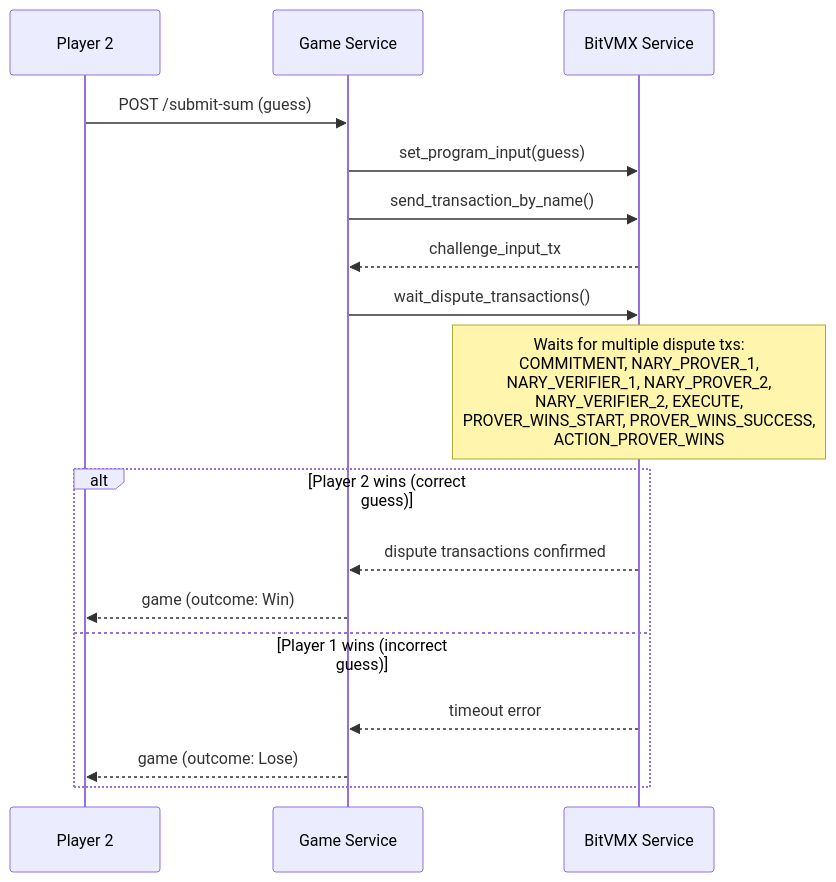
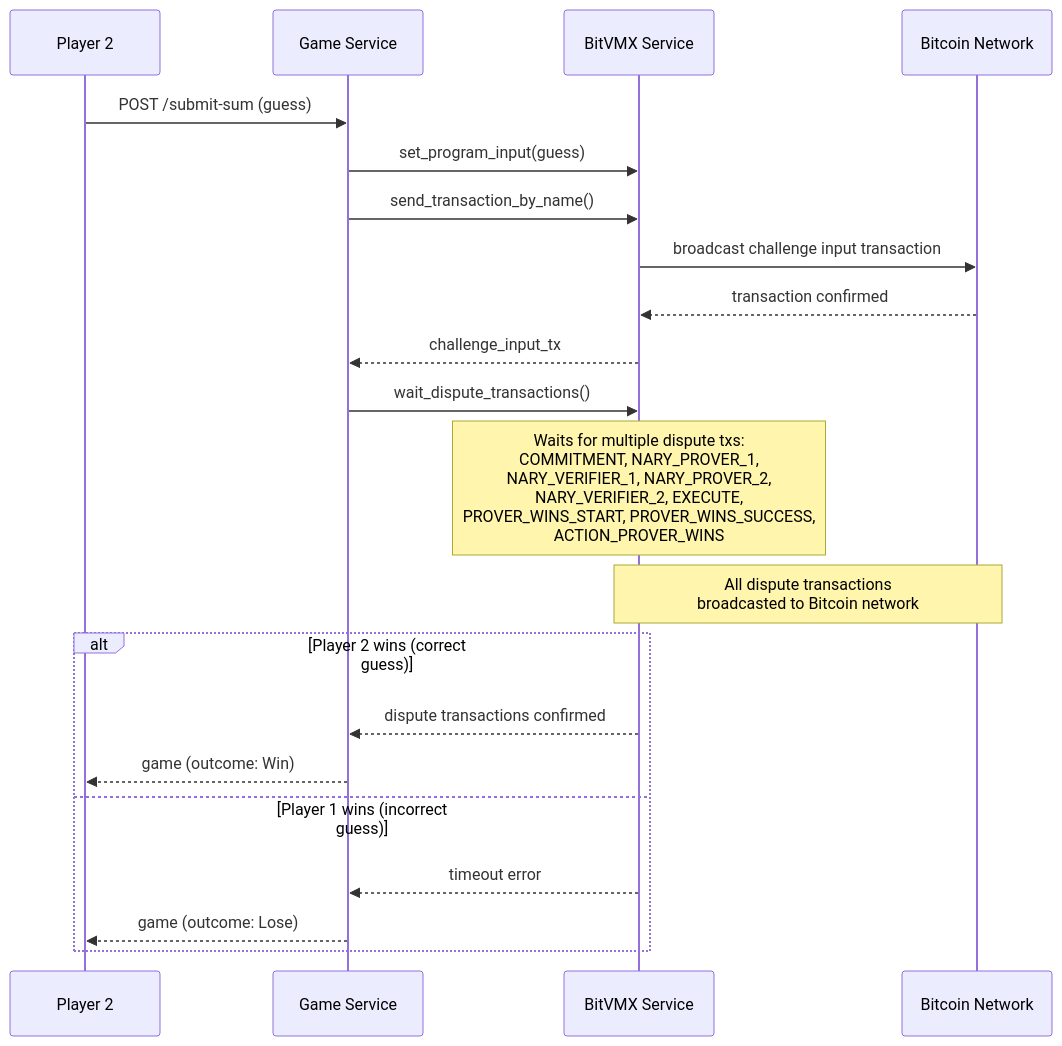
One commit to FairgateLabs/bitvmx-hackathon-games changed the sixth of 7 diagrams in GAME_FLOW.md. Above: the diagram before and after it, drawn with Mermaid. The commit also changed other lines of this file and 4 other files, not shown here.

````diff
--- a/GAME_FLOW.md
+++ b/GAME_FLOW.md
@@ -230,22 +273,27 @@
 ```mermaid
 sequenceDiagram
     participant P2 as Player 2
     participant Game as Game Service
     participant BitVMX as BitVMX Service
+    participant Bitcoin as Bitcoin Network
     
     P2->>Game: POST /submit-sum (guess)
     Game->>BitVMX: set_program_input(guess)
     Game->>BitVMX: send_transaction_by_name()
+    BitVMX->>Bitcoin: broadcast challenge input transaction
+    Bitcoin-->>BitVMX: transaction confirmed
     BitVMX-->>Game: challenge_input_tx
     
     Game->>BitVMX: wait_dispute_transactions()
     Note over BitVMX: Waits for multiple dispute txs:<br/>COMMITMENT, NARY_PROVER_1,<br/>NARY_VERIFIER_1, NARY_PROVER_2,<br/>NARY_VERIFIER_2, EXECUTE,<br/>PROVER_WINS_START, PROVER_WINS_SUCCESS,<br/>ACTION_PROVER_WINS
+    
+    Note over BitVMX,Bitcoin: All dispute transactions<br/>broadcasted to Bitcoin network
     
     alt Player 2 wins (correct guess)
         BitVMX-->>Game: dispute transactions confirmed
         Game-->>P2: game (outcome: Win)
     else Player 1 wins (incorrect guess)
         BitVMX-->>Game: timeout error
         Game-->>P2: game (outcome: Lose)
     end
 ```
````
